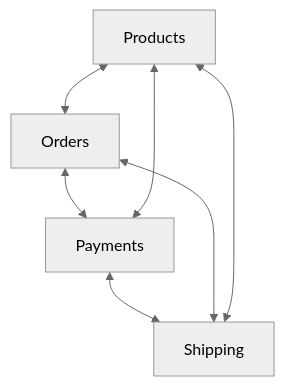
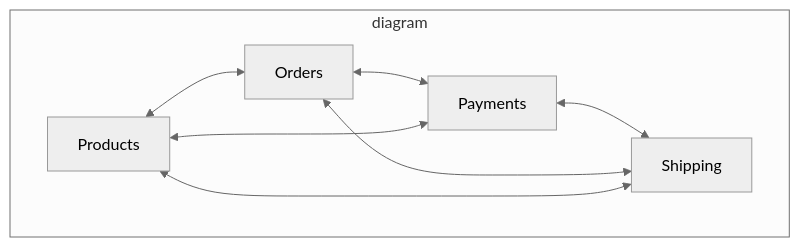
Before and after one commit to kimjj81/kimjj81.github.io: the third of 6 diagrams in source/_posts/2025-08-19-스파게티-코드는-그만-계층형-데이터-구조와-Aggregator-패턴.md, drawn with Mermaid (neutral theme). The commit also changed other lines of this file and 1 other file, not shown here.

````diff
--- a/source/_posts/2025-08-19-스파게티-코드는-그만-계층형-데이터-구조와-Aggregator-패턴.md
+++ b/source/_posts/2025-08-19-스파게티-코드는-그만-계층형-데이터-구조와-Aggregator-패턴.md
@@ -181,9 +188,11 @@
 ```mermaid
 flowchart TD
-  A[Products] <--> B[Orders]
-  B <--> C[Payments]
-  C <--> D[Shipping]
-  D <--> A
-  A <--> C
-  B <--> D
+  subgraph diagram
+    A[Products] <--> B[Orders]
+    B <--> C[Payments]
+    C <--> D[Shipping]
+    D <--> A
+    A <--> C
+    B <--> D
+  end
 ```
````
